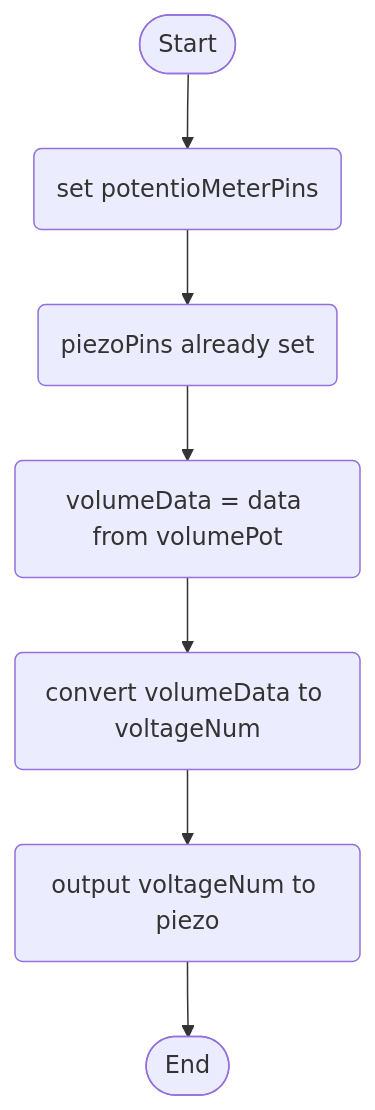
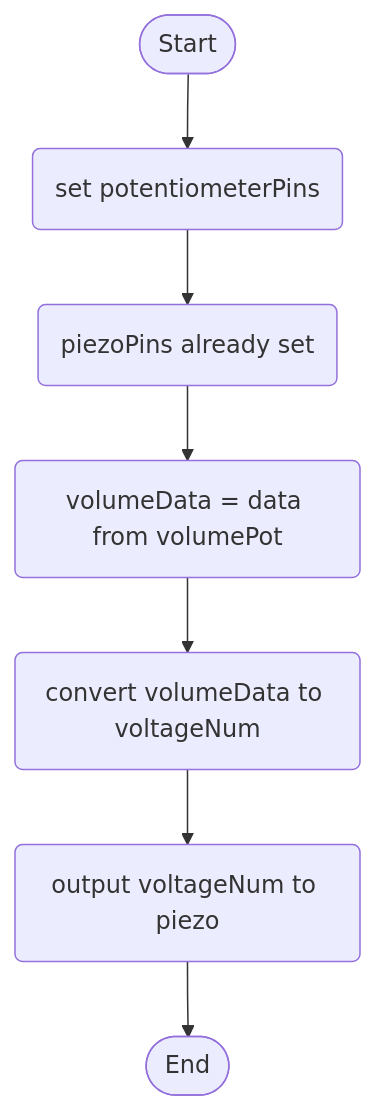
The fourth of 5 diagrams in logic.md (Deltace05/SmartDog), drawn with Mermaid before and after one commit.

````diff
--- a/logic.md
+++ b/logic.md
@@ -96,17 +96,17 @@
 ```mermaid
 flowchart TD
 terminalStart([Start])
 terminalEnd([End])
-setVolumePot(set potentioMeterPins)
+setVolumePot(set potentiometerPins)
 piezoInfo(piezoPins already set)
 readVolumePot(volumeData = data from volumePot)
 convertOutput(convert volumeData to voltageNum)
 outputVolt(output voltageNum to piezo)
 
 terminalStart --> setVolumePot
 setVolumePot --> piezoInfo
 piezoInfo --> readVolumePot
 readVolumePot --> convertOutput
 convertOutput --> outputVolt
 outputVolt --> terminalEnd
 ```
````
